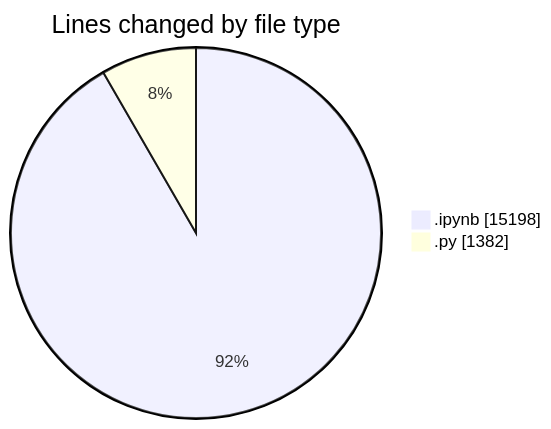
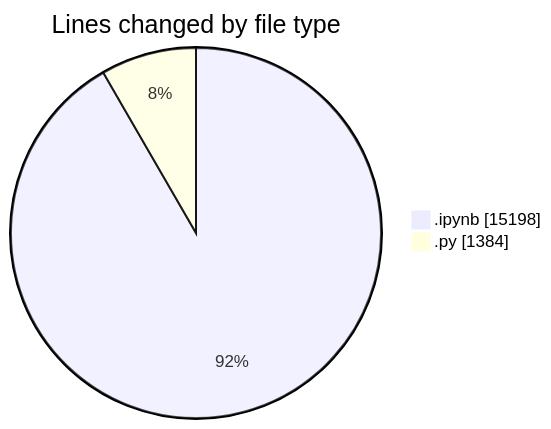
One commit to MatusMokan/code-tracking changed the first of 2 diagrams in 2025-04-10/myws__workspace_/README.md. Above: the diagram before and after it, drawn with Mermaid. The commit also changed other lines of this file and 1 other file, not shown here.

````diff
--- a/2025-04-10/myws__workspace_/README.md
+++ b/2025-04-10/myws__workspace_/README.md
@@ -21,6 +21,6 @@
 ```mermaid
 pie showData
 title Lines changed by file type
 ".ipynb" : 15198
-".py" : 1382
+".py" : 1384
 ```
````
